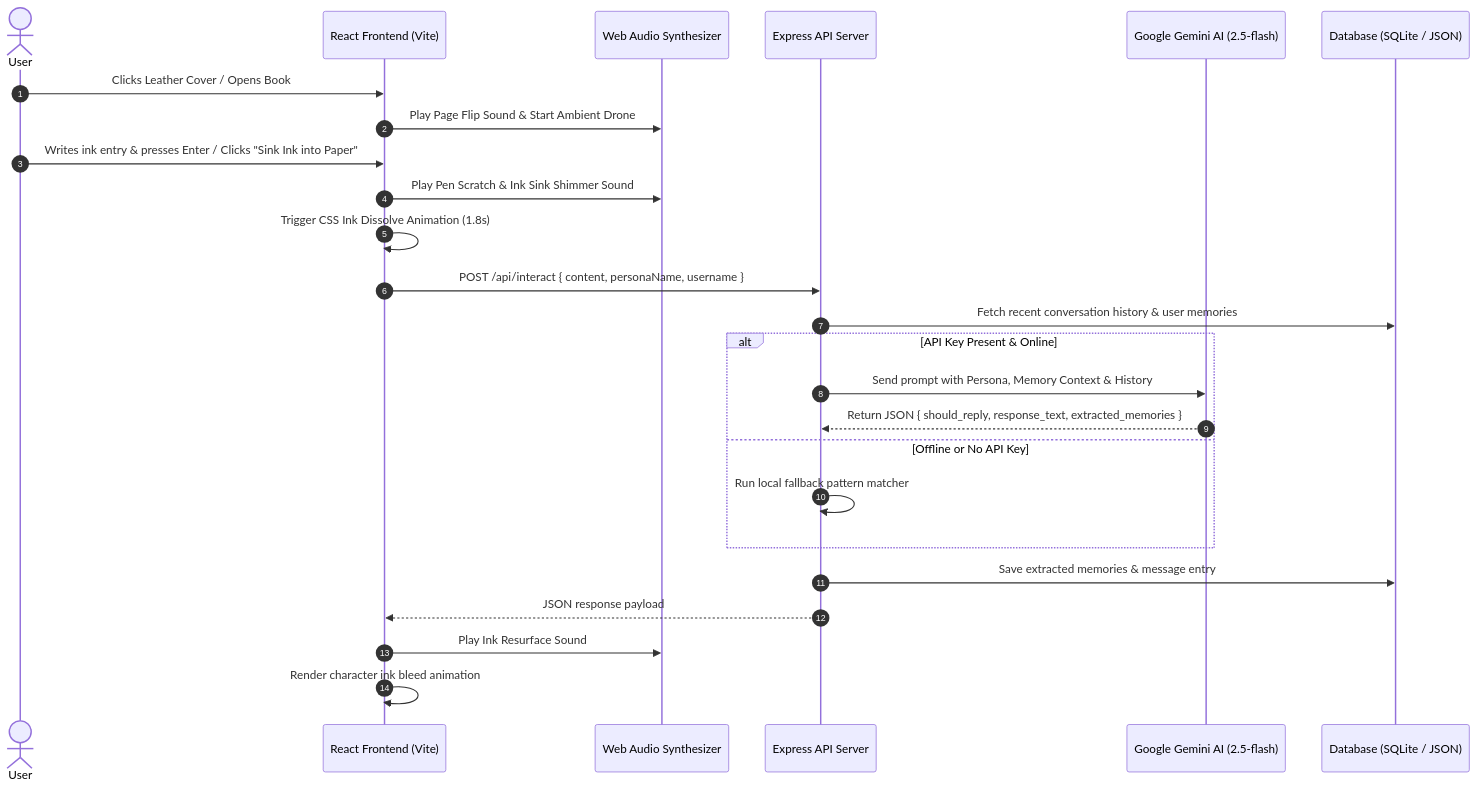
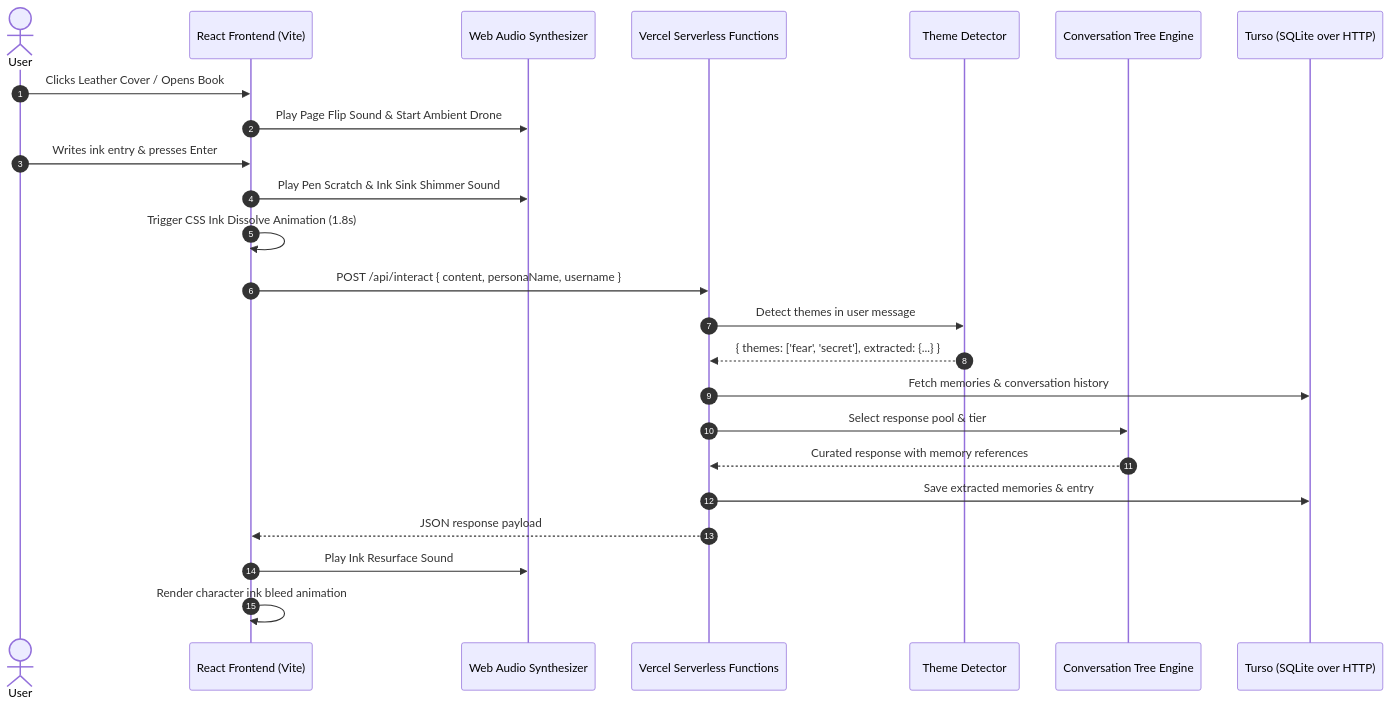
One commit to rkbart/inkbound changed the diagram in DOCUMENTATION.md. Above: the diagram before and after it, drawn with Mermaid. The commit also changed other lines of this file and 19 other files, not shown here.

First line of the commit message:
feat: migrate to Vercel serverless + Turso with branching conversation trees

````diff
--- a/DOCUMENTATION.md
+++ b/DOCUMENTATION.md
@@ -31,28 +31,27 @@
 ```mermaid
 sequenceDiagram
     autonumber
     actor User as User
     participant App as React Frontend (Vite)
     participant Audio as Web Audio Synthesizer
-    participant API as Express API Server
-    participant Gemini as Google Gemini AI (2.5-flash)
-    participant DB as Database (SQLite / JSON)
+    participant API as Vercel Serverless Functions
+    participant Themes as Theme Detector
+    participant Diary as Conversation Tree Engine
+    participant DB as Turso (SQLite over HTTP)
 
     User->>App: Clicks Leather Cover / Opens Book
     App->>Audio: Play Page Flip Sound & Start Ambient Drone
-    User->>App: Writes ink entry & presses Enter / Clicks "Sink Ink into Paper"
+    User->>App: Writes ink entry & presses Enter
     App->>Audio: Play Pen Scratch & Ink Sink Shimmer Sound
     App->>App: Trigger CSS Ink Dissolve Animation (1.8s)
     App->>API: POST /api/interact { content, personaName, username }
-    API->>DB: Fetch recent conversation history & user memories
-    alt API Key Present & Online
-        API->>Gemini: Send prompt with Persona, Memory Context & History
-        Gemini-->>API: Return JSON { should_reply, response_text, extracted_memories }
-    else Offline or No API Key
-        API->>API: Run local fallback pattern matcher
-    end
-    API->>DB: Save extracted memories & message entry
+    API->>Themes: Detect themes in user message
+    Themes-->>API: { themes: ['fear', 'secret'], extracted: {...} }
+    API->>DB: Fetch memories & conversation history
+    API->>Diary: Select response pool & tier
+    Diary-->>API: Curated response with memory references
+    API->>DB: Save extracted memories & entry
     API-->>App: JSON response payload
     App->>Audio: Play Ink Resurface Sound
     App->>App: Render character ink bleed animation
 ```
````
